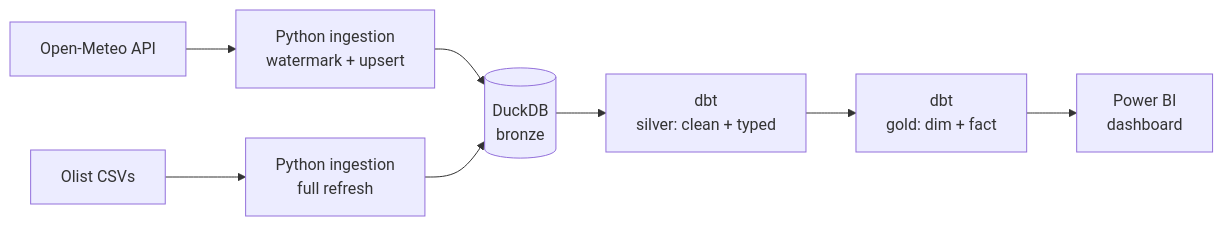
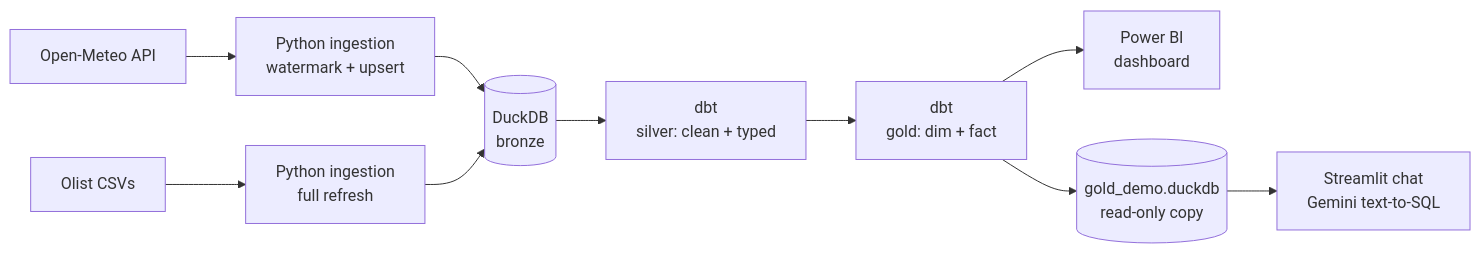
The diagram in README.md (uzair548321/de-portfolio), drawn with Mermaid before and after one commit. The commit also changed other lines of this file and 6 other files, not shown here.

````diff
--- a/README.md
+++ b/README.md
@@ -9,10 +9,12 @@
 ```mermaid
 flowchart LR
     A[Open-Meteo API] --> B[Python ingestion<br/>watermark + upsert]
     C[Olist CSVs] --> D[Python ingestion<br/>full refresh]
     B --> E[(DuckDB<br/>bronze)]
     D --> E
     E --> F[dbt<br/>silver: clean + typed]
     F --> G[dbt<br/>gold: dim + fact]
     G --> H[Power BI<br/>dashboard]
+    G --> I[(gold_demo.duckdb<br/>read-only copy)]
+    I --> J[Streamlit chat<br/>Gemini text-to-SQL]
 ```
````
